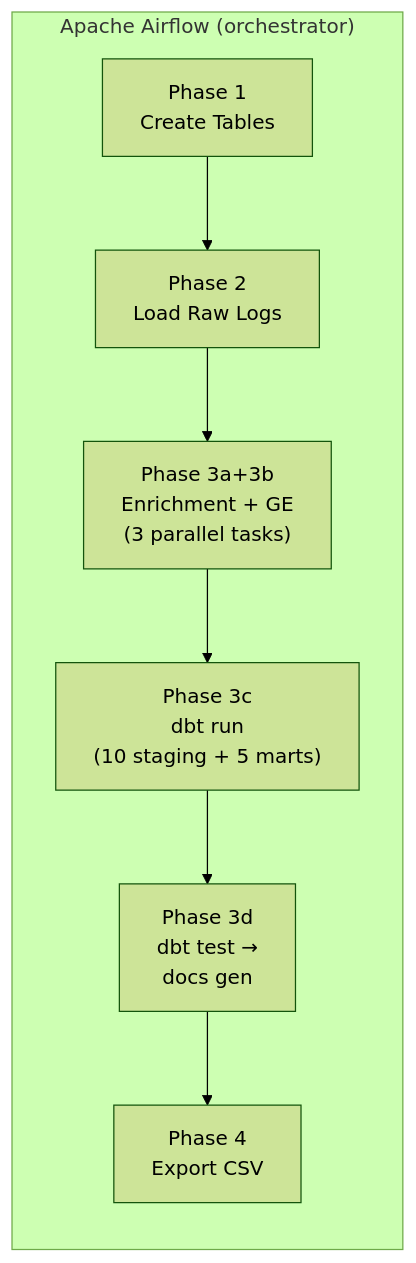
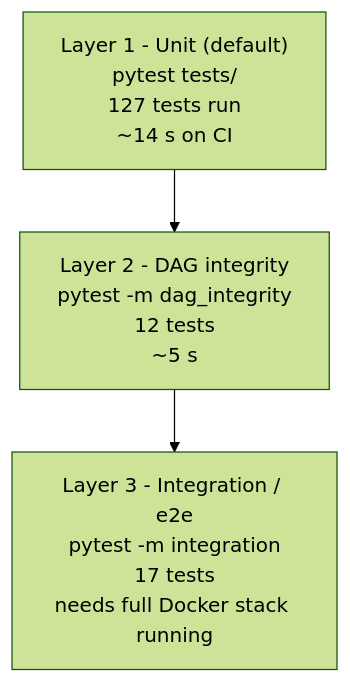
Before and after one commit to AhmedIkram05/w3c-etl-pipeline: diagram 13 of 13 in README.md, drawn with Mermaid (forest theme). The commit also changed other lines of this file, not shown here.

````diff
--- a/README.md
+++ b/README.md
@@ -423,13 +922,8 @@
 ```mermaid
 flowchart TB
-    subgraph airflow["Apache Airflow (orchestrator)"]
-        direction TB
-        p1["Phase 1<br/>Create Tables"]
-        p2["Phase 2<br/>Load Raw Logs"]
-        p3a["Phase 3a+3b<br/>Enrichment + GE<br/>(3 parallel tasks)"]
-        p3c["Phase 3c<br/>dbt run<br/>(10 staging + 5 marts)"]
-        p3d["Phase 3d<br/>dbt test →<br/>docs gen"]
-        p4["Phase 4<br/>Export CSV"]
-        p1 --> p2 --> p3a --> p3c --> p3d --> p4
-    end
+    L1["Layer 1 - Unit (default)<br/>pytest tests/<br/>127 tests run<br/>~14 s on CI"]
+    L2["Layer 2 - DAG integrity<br/>pytest -m dag_integrity<br/>12 tests<br/>~5 s"]
+    L3["Layer 3 - Integration / e2e<br/>pytest -m integration<br/>17 tests<br/>needs full Docker stack running"]
+
+    L1 --> L2 --> L3
 ```
````
